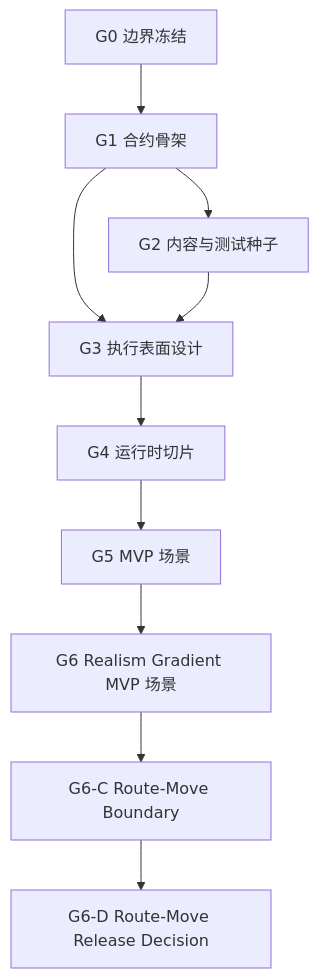
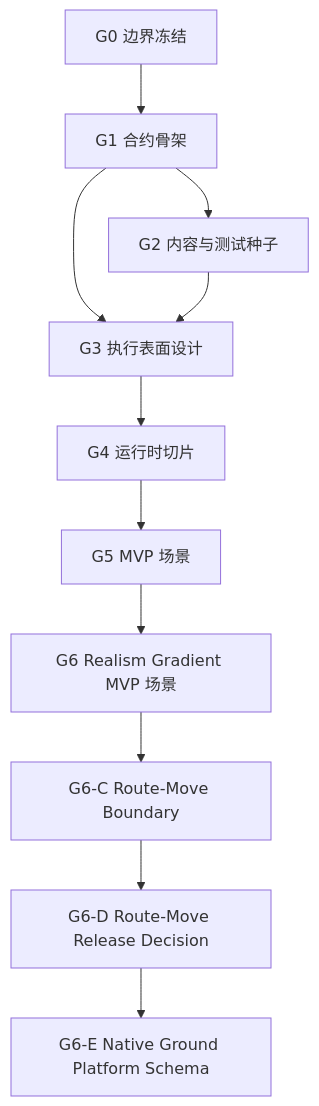
Before and after one commit to Void0312Aurora/Echelon-Forge: the diagram in docs/task/ground/ground_subagent_dispatch_queue_20260521.zh.md, drawn with Mermaid. The commit also changed other lines of this file and 9 other files, not shown here.

Commit message:
Open ground native platform schema planning

````diff
--- a/docs/task/ground/ground_subagent_dispatch_queue_20260521.zh.md
+++ b/docs/task/ground/ground_subagent_dispatch_queue_20260521.zh.md
@@ -29,12 +30,13 @@
 ```mermaid
 flowchart TD
     G0["G0 边界冻结"] --> G1["G1 合约骨架"]
     G1 --> G2["G2 内容与测试种子"]
     G1 --> G3["G3 执行表面设计"]
     G2 --> G3
     G3 --> G4["G4 运行时切片"]
     G4 --> G5["G5 MVP 场景"]
     G5 --> G6["G6 Realism Gradient MVP 场景"]
     G6 --> G6C["G6-C Route-Move Boundary"]
     G6C --> G6D["G6-D Route-Move Release Decision"]
+    G6D --> G6E["G6-E Native Ground Platform Schema"]
 ```
````
